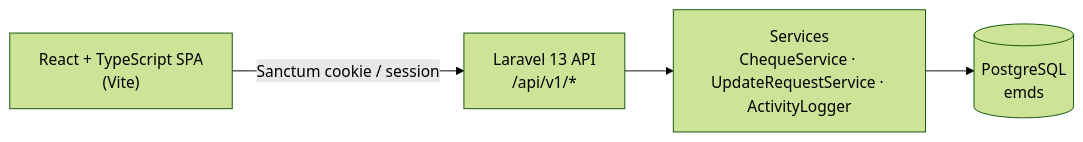
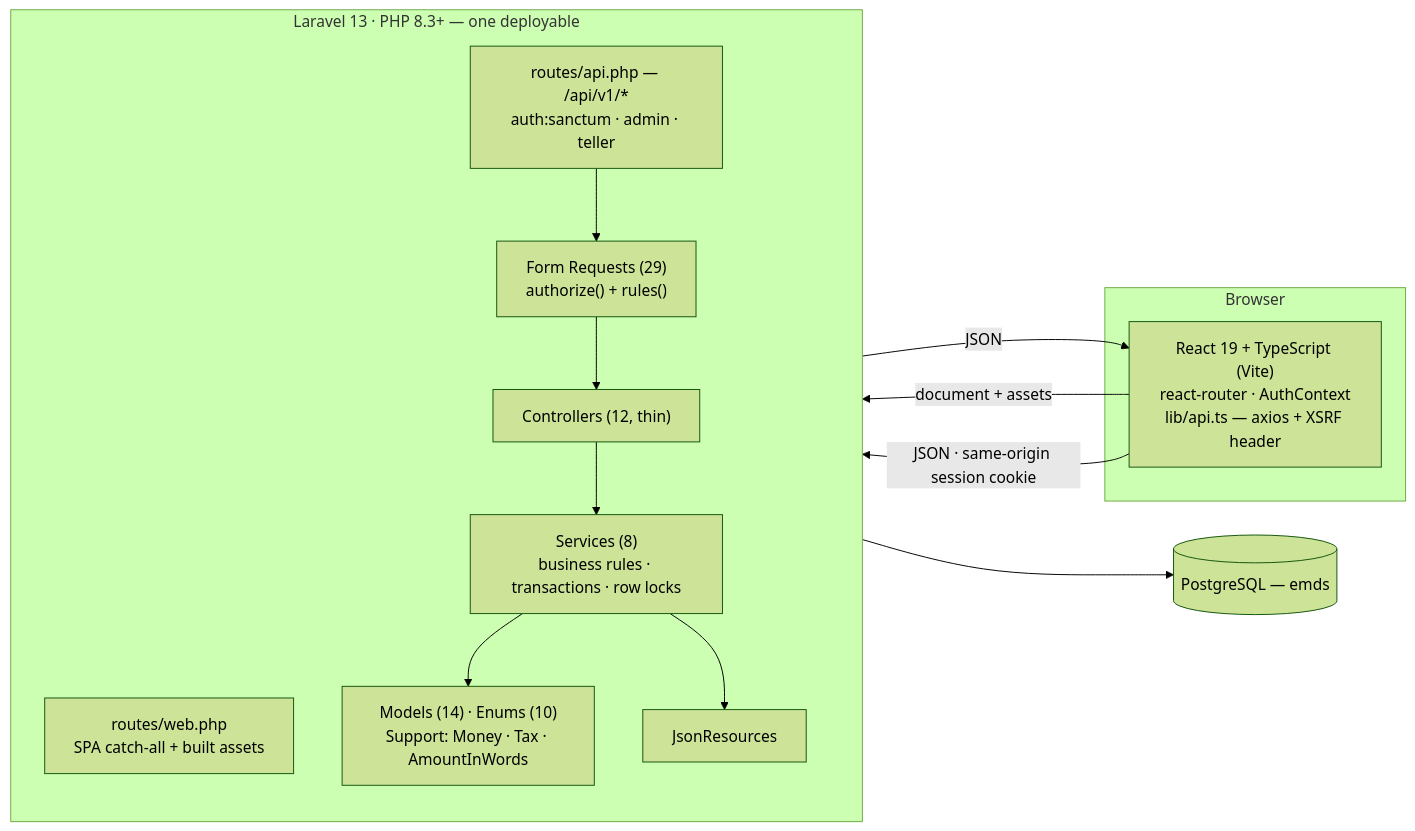
Before and after one commit to nicolasjob21/E-MDS: the first of 14 diagrams in docs/DOCUMENTATION.md, drawn with Mermaid (forest theme). The commit also changed other lines of this file and 74 other files, not shown here.

First line of the commit message:
Rework the cheque lifecycle and add the ACIC teller workflow

````diff
--- a/docs/DOCUMENTATION.md
+++ b/docs/DOCUMENTATION.md
@@ -34,6 +39,29 @@
 ```mermaid
 flowchart LR
-    Browser["React + TypeScript SPA<br/>(Vite)"] -->|"Sanctum cookie / session"| API["Laravel 13 API<br/>/api/v1/*"]
-    API --> Services["Services<br/>ChequeService · UpdateRequestService · ActivityLogger"]
-    Services --> DB[("PostgreSQL<br/>emds")]
+    subgraph Browser
+        SPA["React 19 + TypeScript (Vite)<br/>react-router · AuthContext<br/>lib/api.ts — axios + XSRF header"]
+    end
+
+    subgraph App["Laravel 13 · PHP 8.3+ — one deployable"]
+        direction TB
+        WEB["routes/web.php<br/>SPA catch-all + built assets"]
+        API["routes/api.php — /api/v1/*<br/>auth:sanctum · admin · teller"]
+        REQ["Form Requests (29)<br/>authorize() + rules()"]
+        CTRL["Controllers (12, thin)"]
+        SVC["Services (8)<br/>business rules · transactions · row locks"]
+        MDL["Models (14) · Enums (10)<br/>Support: Money · Tax · AmountInWords"]
+        RES["JsonResources"]
+    end
+
+    DB[("PostgreSQL — emds")]
+
+    SPA -->|"document + assets"| WEB
+    SPA -->|"JSON · same-origin session cookie"| API
+    API --> REQ
+    REQ --> CTRL
+    CTRL --> SVC
+    SVC --> MDL
+    MDL --> DB
+    SVC --> RES
+    RES -->|"JSON"| SPA
 ```
````
